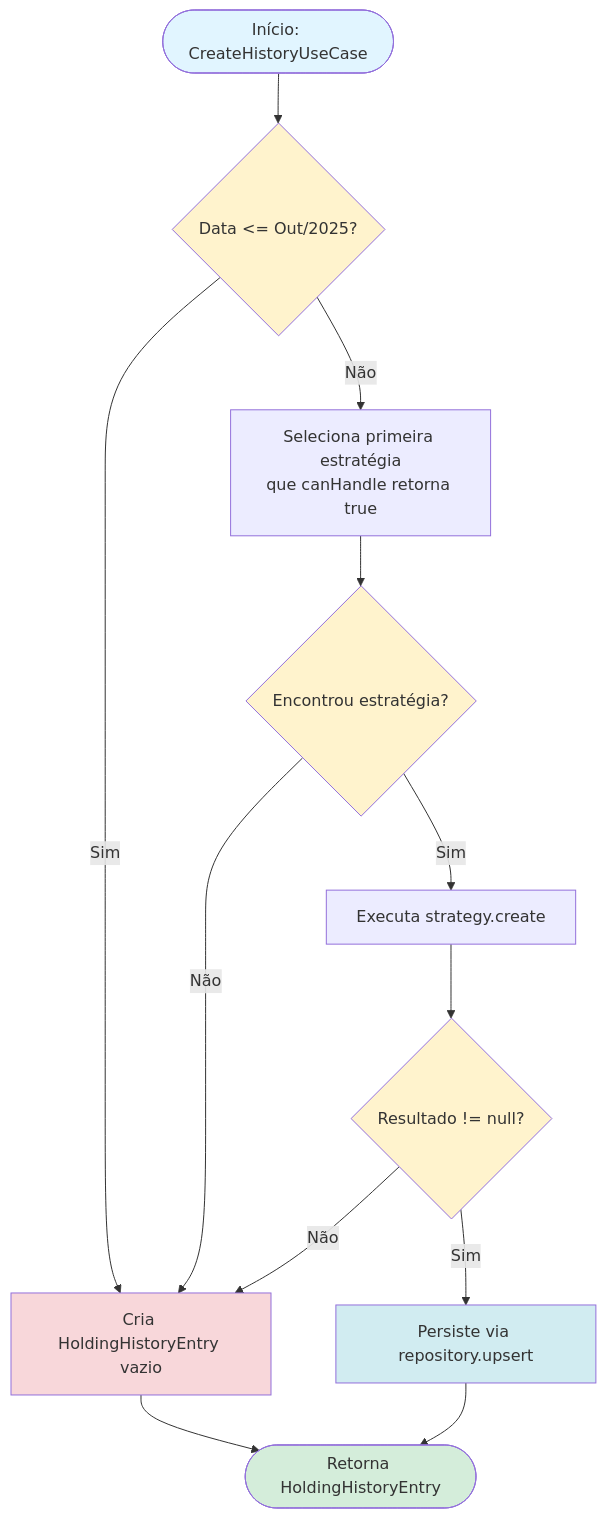
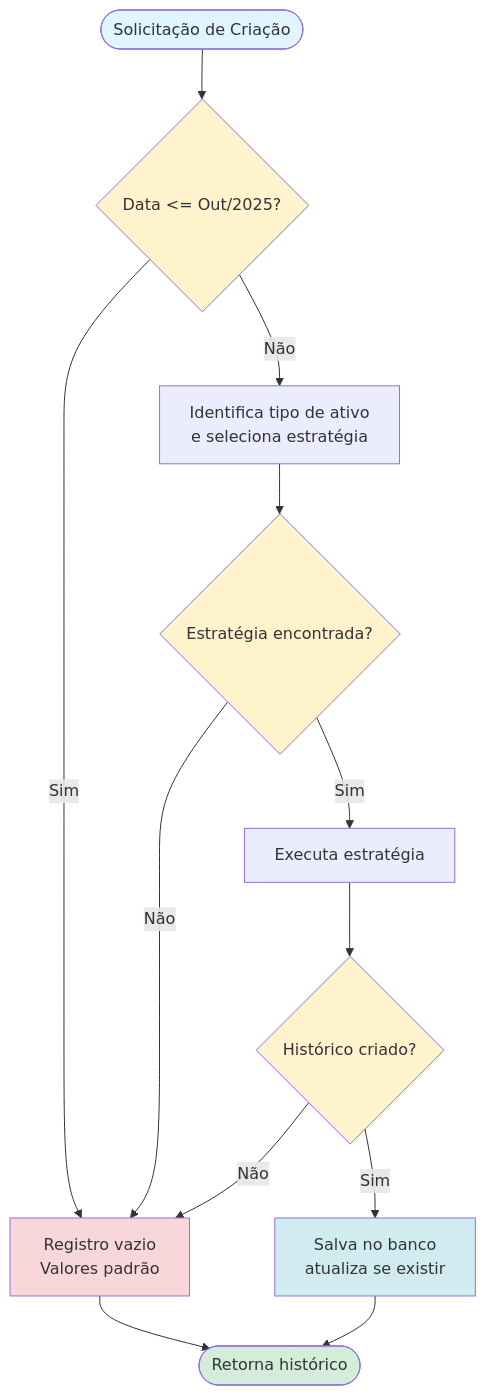
The first of 3 diagrams in docs/RN - Criar novo registro de histórico.md (enirsilvaferraz/Investments-KMP), drawn with Mermaid before and after one commit. The commit also changed other lines of this file, not shown here.

First line of the commit message:
docs: Refactor and simplify history creation documentation

````diff
--- a/docs/RN - Criar novo registro de histórico.md
+++ b/docs/RN - Criar novo registro de histórico.md
@@ -280,25 +27,25 @@
 ```mermaid
 flowchart TD
-    Start([Início: CreateHistoryUseCase]) --> CheckDate{Data <= Out/2025?}
-    CheckDate -->|Sim| CreateEmpty[Cria HoldingHistoryEntry vazio]
-    CheckDate -->|Não| SelectStrategy[Seleciona primeira estratégia<br/>que canHandle retorna true]
+    Start([Solicitação de Criação]) --> CheckDate{Data <= Out/2025?}
+    CheckDate -->|Sim| Empty[Registro vazio<br/>Valores padrão]
+    CheckDate -->|Não| SelectStrategy[Identifica tipo de ativo<br/>e seleciona estratégia]
     
-    SelectStrategy --> HasStrategy{Encontrou estratégia?}
-    HasStrategy -->|Não| CreateEmpty
-    HasStrategy -->|Sim| ExecuteStrategy[Executa strategy.create]
+    SelectStrategy --> HasStrategy{Estratégia encontrada?}
+    HasStrategy -->|Não| Empty
+    HasStrategy -->|Sim| Execute[Executa estratégia]
     
-    ExecuteStrategy --> StrategyResult{Resultado != null?}
-    StrategyResult -->|Não| CreateEmpty
-    StrategyResult -->|Sim| Persist[Persiste via repository.upsert]
+    Execute --> Success{Histórico criado?}
+    Success -->|Não| Empty
+    Success -->|Sim| Save[Salva no banco<br/>atualiza se existir]
     
-    Persist --> End([Retorna HoldingHistoryEntry])
-    CreateEmpty --> End
+    Save --> End([Retorna histórico])
+    Empty --> End
     
     style Start fill:#e1f5ff
     style End fill:#d4edda
     style CheckDate fill:#fff3cd
     style HasStrategy fill:#fff3cd
-    style StrategyResult fill:#fff3cd
-    style CreateEmpty fill:#f8d7da
-    style Persist fill:#d1ecf1
+    style Success fill:#fff3cd
+    style Empty fill:#f8d7da
+    style Save fill:#d1ecf1
 ```
````
